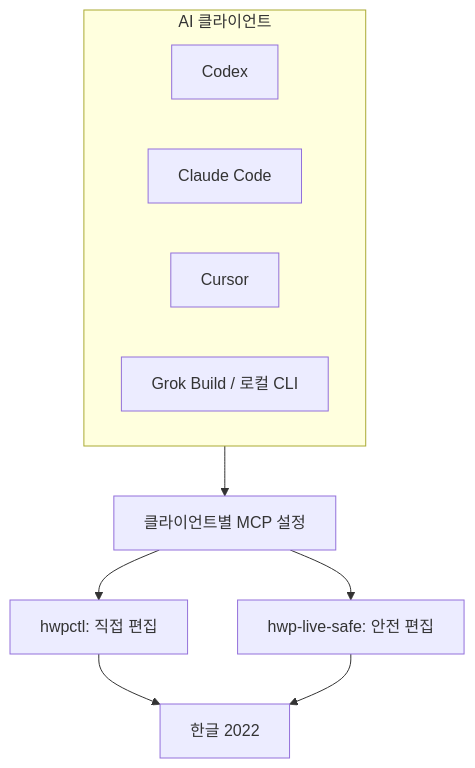
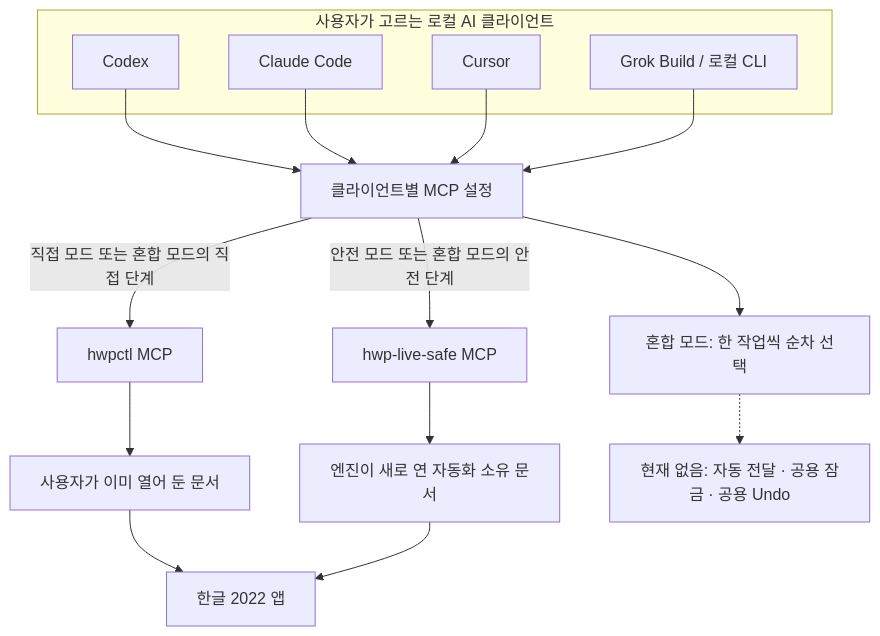
Before and after one commit to Jasujung99/hwp-ai-bridge: the first of 3 diagrams in docs/architecture.md, drawn with Mermaid. The commit also changed other lines of this file and 20 other files, not shown here.

````diff
--- a/docs/architecture.md
+++ b/docs/architecture.md
@@ -6,15 +8,25 @@
 ```mermaid
 flowchart TB
-    subgraph Clients[AI 클라이언트]
-        Codex[Codex]
-        Claude[Claude Code]
-        Cursor[Cursor]
-        Grok[Grok Build / 로컬 CLI]
+    subgraph Clients["사용자가 고르는 로컬 AI 클라이언트"]
+        Codex["Codex"]
+        Claude["Claude Code"]
+        Cursor["Cursor"]
+        Grok["Grok Build / 로컬 CLI"]
     end
 
-    Clients --> Config[클라이언트별 MCP 설정]
-    Config --> Direct[hwpctl: 직접 편집]
-    Config --> Safe[hwp-live-safe: 안전 편집]
-    Direct --> Hancom[한글 2022]
-    Safe --> Hancom
+    Codex --> Config["클라이언트별 MCP 설정"]
+    Claude --> Config
+    Cursor --> Config
+    Grok --> Config
+
+    Config -->|"직접 모드 또는 혼합 모드의 직접 단계"| Direct["hwpctl MCP"]
+    Config -->|"안전 모드 또는 혼합 모드의 안전 단계"| Safe["hwp-live-safe MCP"]
+
+    Direct --> OpenDoc["사용자가 이미 열어 둔 문서"]
+    Safe --> OwnedDoc["엔진이 새로 연 자동화 소유 문서"]
+    OpenDoc --> Hwp["한글 2022 앱"]
+    OwnedDoc --> Hwp
+
+    Config --> Sequence["혼합 모드: 한 작업씩 순차 선택"]
+    Sequence -.-> Missing["현재 없음: 자동 전달 · 공용 잠금 · 공용 Undo"]
 ```
````
